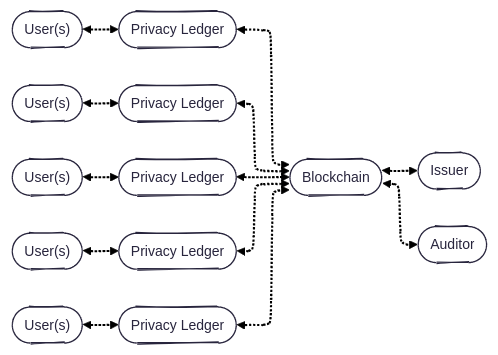
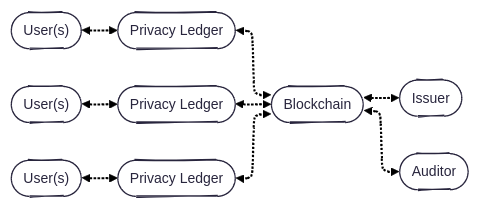
One commit to raylsnetwork/Enygma changed the first of 5 diagrams in enygma_payments/README.md. Above: the diagram before and after it, drawn with Mermaid. The commit also changed other lines of this file, not shown here.

````diff
--- a/enygma_payments/README.md
+++ b/enygma_payments/README.md
@@ -5,35 +5,28 @@
 ```mermaid
 ---
 config:
   theme: redux
   layout: elk
   look: handDrawn
 ---
 flowchart LR
     UA(["User(s)"])
     UB(["User(s)"])
     UC(["User(s)"])
-    UD(["User(s)"])
-    UE(["User(s)"])
-    
 
     PLA(["Privacy Ledger"])
     PLB(["Privacy Ledger"])
     PLC(["Privacy Ledger"])
-    PLD(["Privacy Ledger"])
-    PLE(["Privacy Ledger"])
 
     B(["Blockchain"])
     I(["Issuer"])
     A(["Auditor"])
     
 
-    PLA & PLB & PLC & PLD & PLE <-.-> B <-.-> I & A
+    PLA & PLB & PLC <-.-> B <-.-> I & A
 
     UA <-.-> PLA
     UB <-.-> PLB
     UC <-.-> PLC
-    UD <-.-> PLD
-    UE <-.-> PLE
 
 ```
````
